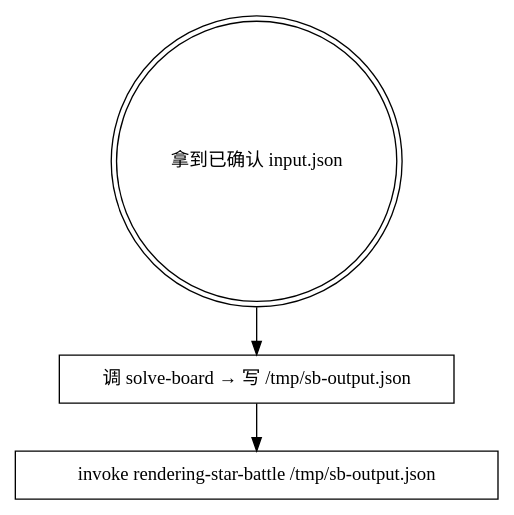
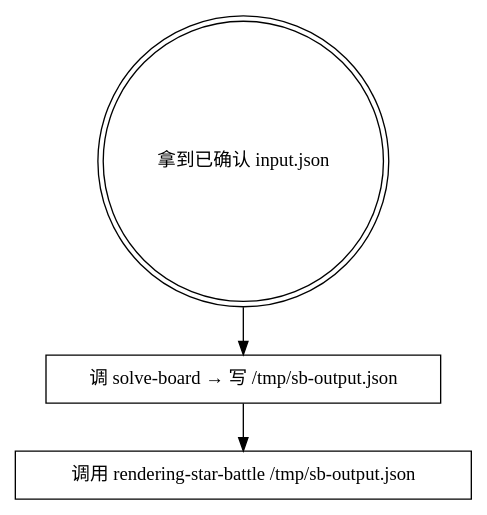
One commit to HakurouKen/puzzle-solver changed the diagram in packages/star-battle/skills/solving-star-battle/SKILL.md. Above: the diagram before and after it, drawn with Graphviz. The commit also changed other lines of this file and 41 other files, not shown here.

````diff
--- a/packages/star-battle/skills/solving-star-battle/SKILL.md
+++ b/packages/star-battle/skills/solving-star-battle/SKILL.md
@@ -12,9 +12,9 @@
 ```dot
 digraph flow {
     "拿到已确认 input.json" [shape=doublecircle];
     "调 solve-board → 写 /tmp/sb-output.json" [shape=box];
-    "invoke rendering-star-battle /tmp/sb-output.json" [shape=box];
+    "调用 rendering-star-battle /tmp/sb-output.json" [shape=box];
     "拿到已确认 input.json" -> "调 solve-board → 写 /tmp/sb-output.json"
-        -> "invoke rendering-star-battle /tmp/sb-output.json";
+        -> "调用 rendering-star-battle /tmp/sb-output.json";
 }
 ```
````
